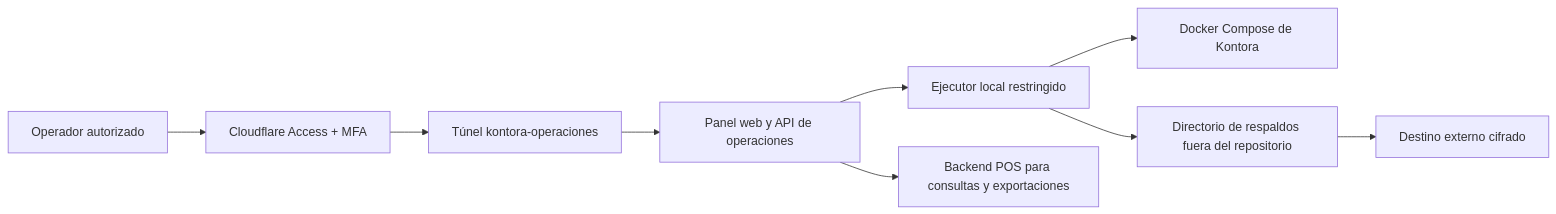
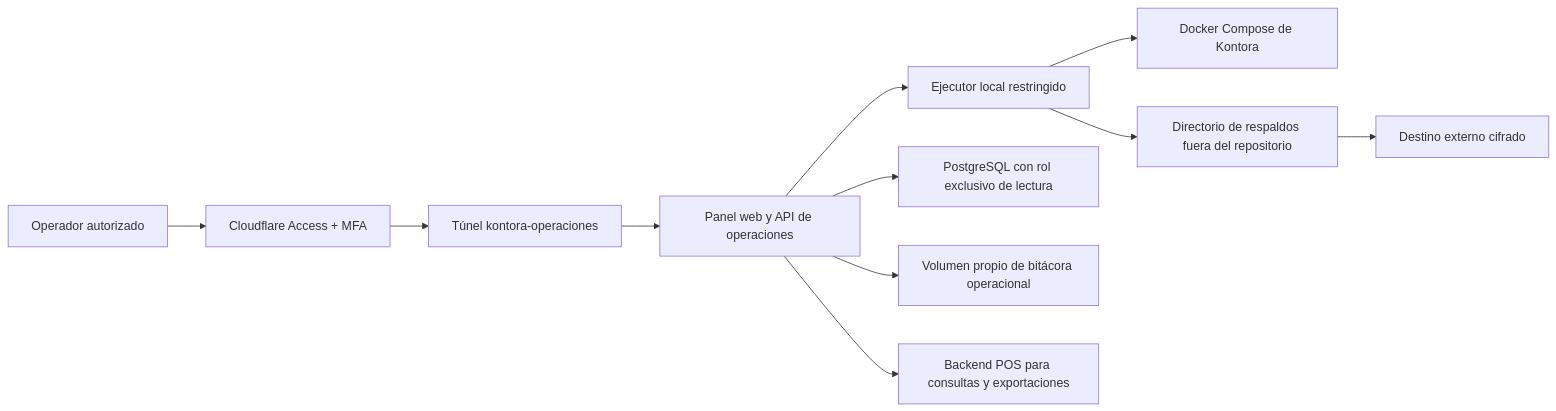
One commit to DevDairo/kontorav2 changed the diagram in docs/panel-operaciones/README.md. Above: the diagram before and after it, drawn with Mermaid. The commit also changed other lines of this file and 25 other files, not shown here.

````diff
--- a/docs/panel-operaciones/README.md
+++ b/docs/panel-operaciones/README.md
@@ -82,11 +87,13 @@
 ```mermaid
 flowchart LR
     U["Operador autorizado"] --> A["Cloudflare Access + MFA"]
     A --> T["Túnel kontora-operaciones"]
     T --> W["Panel web y API de operaciones"]
     W --> L["Ejecutor local restringido"]
     L --> D["Docker Compose de Kontora"]
     L --> B["Directorio de respaldos fuera del repositorio"]
     B --> E["Destino externo cifrado"]
+    W --> R["PostgreSQL con rol exclusivo de lectura"]
+    W --> O["Volumen propio de bitácora operacional"]
     W --> P["Backend POS para consultas y exportaciones"]
 ```
````
